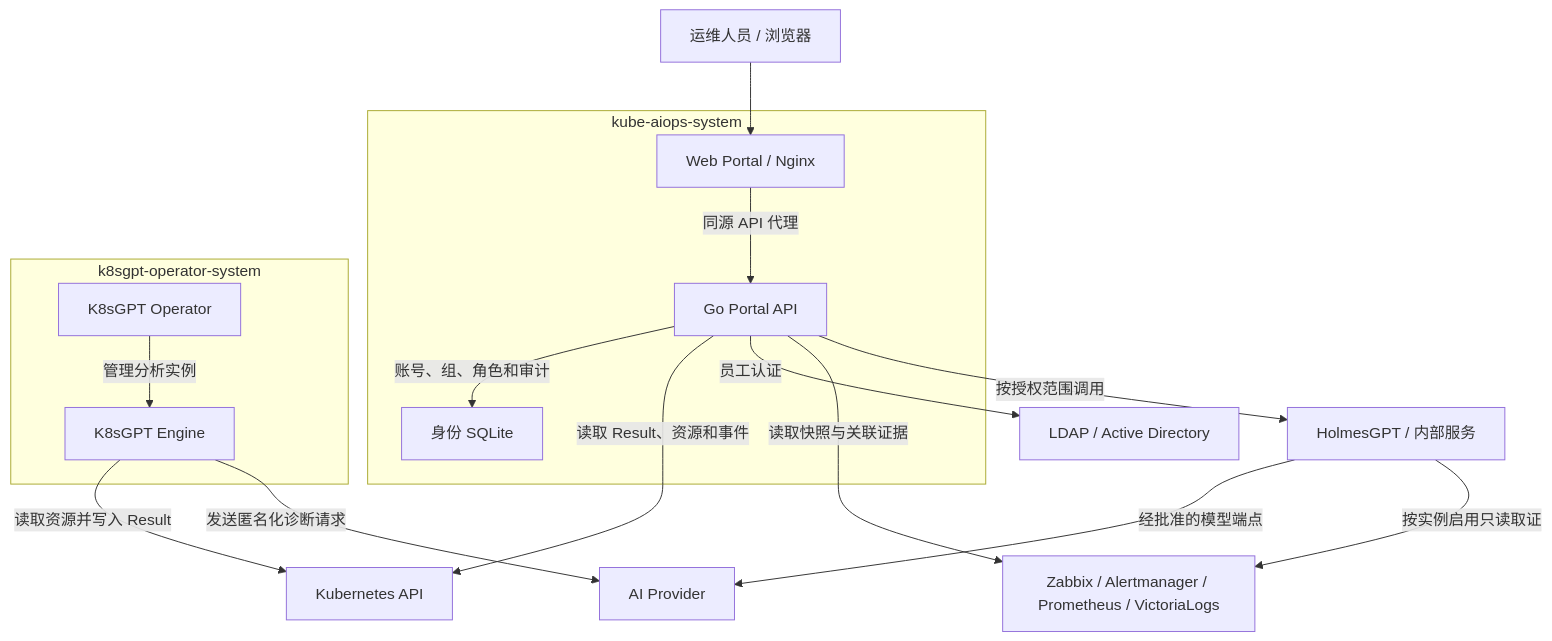
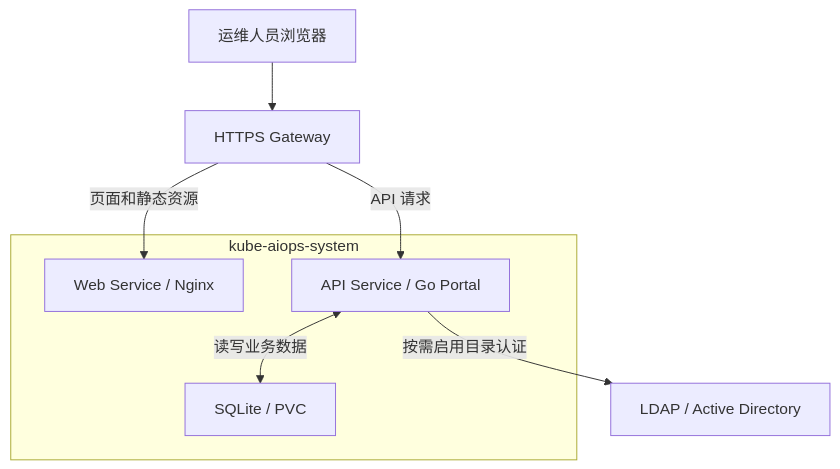
One commit to abchw517/kube-aiops changed the first of 2 diagrams in README.md. Above: the diagram before and after it, drawn with Mermaid. The commit also changed other lines of this file and 1 other file, not shown here.

First line of the commit message:
Update architecture and installation documentation (#127)

````diff
--- a/README.md
+++ b/README.md
@@ -73,19 +113,13 @@
 ```mermaid
 flowchart TD
-    User["运维人员 / 浏览器"] --> Portal
-    subgraph Application["kube-aiops-system"]
-        Portal["Web Portal / Nginx"] -->|同源 API 代理| Backend["Go Portal API"]
-        Backend -->|账号、组、角色和审计| Identity["身份 SQLite"]
+    Browser["运维人员浏览器"] --> Gateway["HTTPS Gateway"]
+    subgraph Platform["kube-aiops-system"]
+        Web["Web Service / Nginx"]
+        API["API Service / Go Portal"]
+        Store["SQLite / PVC"]
+        API <-->|读写业务数据| Store
     end
-    subgraph Analysis["k8sgpt-operator-system"]
-        Operator["K8sGPT Operator"] -->|管理分析实例| Engine["K8sGPT Engine"]
-    end
-    Engine -->|读取资源并写入 Result| Kubernetes["Kubernetes API"]
-    Engine -->|发送匿名化诊断请求| Provider["AI Provider"]
-    Backend -->|读取 Result、资源和事件| Kubernetes
-    Backend -->|员工认证| LDAP["LDAP / Active Directory"]
-    Backend -->|读取快照与关联证据| Obs["Zabbix / Alertmanager / Prometheus / VictoriaLogs"]
-    Backend -->|按授权范围调用| Holmes["HolmesGPT / 内部服务"]
-    Holmes -->|经批准的模型端点| Provider
-    Holmes -->|按实例启用只读取证| Obs
+    Gateway -->|页面和静态资源| Web
+    Gateway -->|API 请求| API
+    API -->|按需启用目录认证| LDAP["LDAP / Active Directory"]
 ```
````
